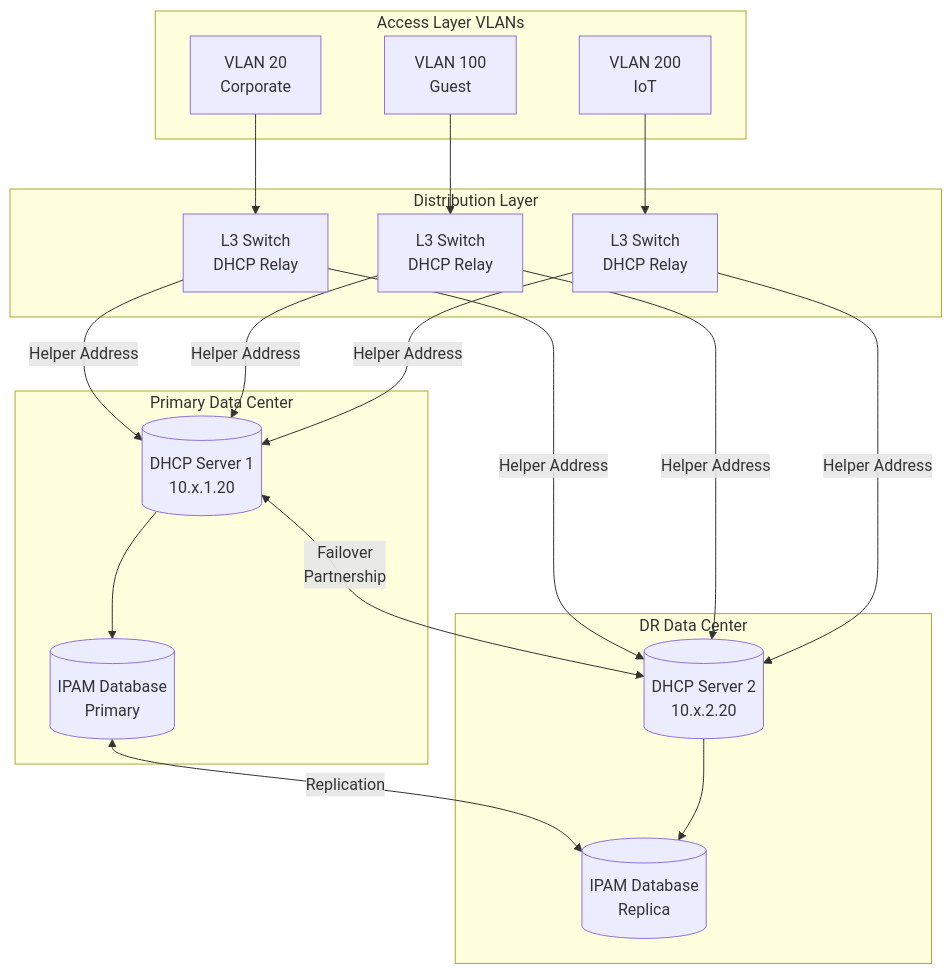
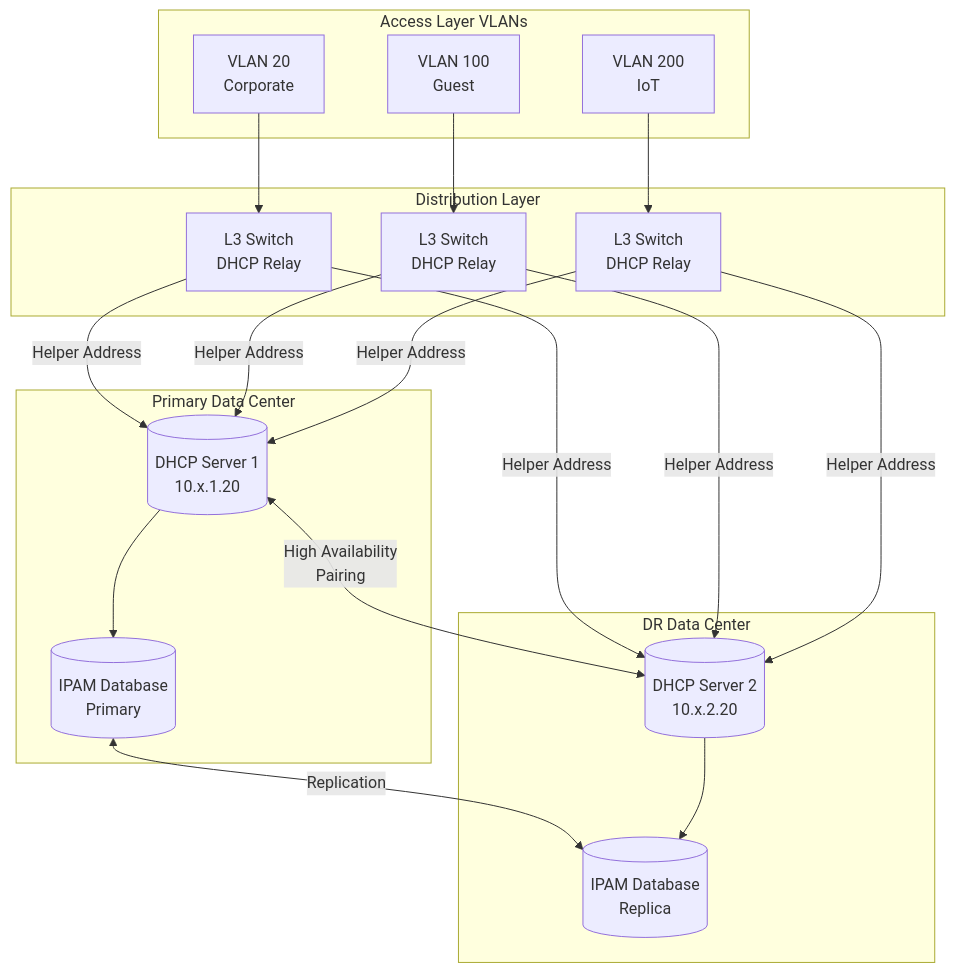
The first of 8 diagrams in docs/services/dhcp-standards.md (NewOrleansITI/networkstandards), drawn with Mermaid before and after one commit. The commit also changed other lines of this file and 19 other files, not shown here.

````diff
--- a/docs/services/dhcp-standards.md
+++ b/docs/services/dhcp-standards.md
@@ -38,41 +39,41 @@
 ```mermaid
 graph TB
     subgraph Primary["Primary Data Center"]
         DHCP1[("DHCP Server 1<br/>10.x.1.20")]
         IPAM1[("IPAM Database<br/>Primary")]
     end
 
     subgraph Secondary["DR Data Center"]
         DHCP2[("DHCP Server 2<br/>10.x.2.20")]
         IPAM2[("IPAM Database<br/>Replica")]
     end
 
     subgraph Distribution["Distribution Layer"]
         RELAY1[L3 Switch<br/>DHCP Relay]
         RELAY2[L3 Switch<br/>DHCP Relay]
         RELAY3[L3 Switch<br/>DHCP Relay]
     end
 
     subgraph Access["Access Layer VLANs"]
         VLAN20[VLAN 20<br/>Corporate]
         VLAN100[VLAN 100<br/>Guest]
         VLAN200[VLAN 200<br/>IoT]
     end
 
-    DHCP1 <--> |"Failover<br/>Partnership"| DHCP2
+    DHCP1 <--> |"High Availability<br/>Pairing"| DHCP2
     IPAM1 <--> |"Replication"| IPAM2
 
     DHCP1 --> IPAM1
     DHCP2 --> IPAM2
 
     RELAY1 --> |"Helper Address"| DHCP1
     RELAY1 --> |"Helper Address"| DHCP2
     RELAY2 --> |"Helper Address"| DHCP1
     RELAY2 --> |"Helper Address"| DHCP2
     RELAY3 --> |"Helper Address"| DHCP1
     RELAY3 --> |"Helper Address"| DHCP2
 
     VLAN20 --> RELAY1
     VLAN100 --> RELAY2
     VLAN200 --> RELAY3
 ```
````
